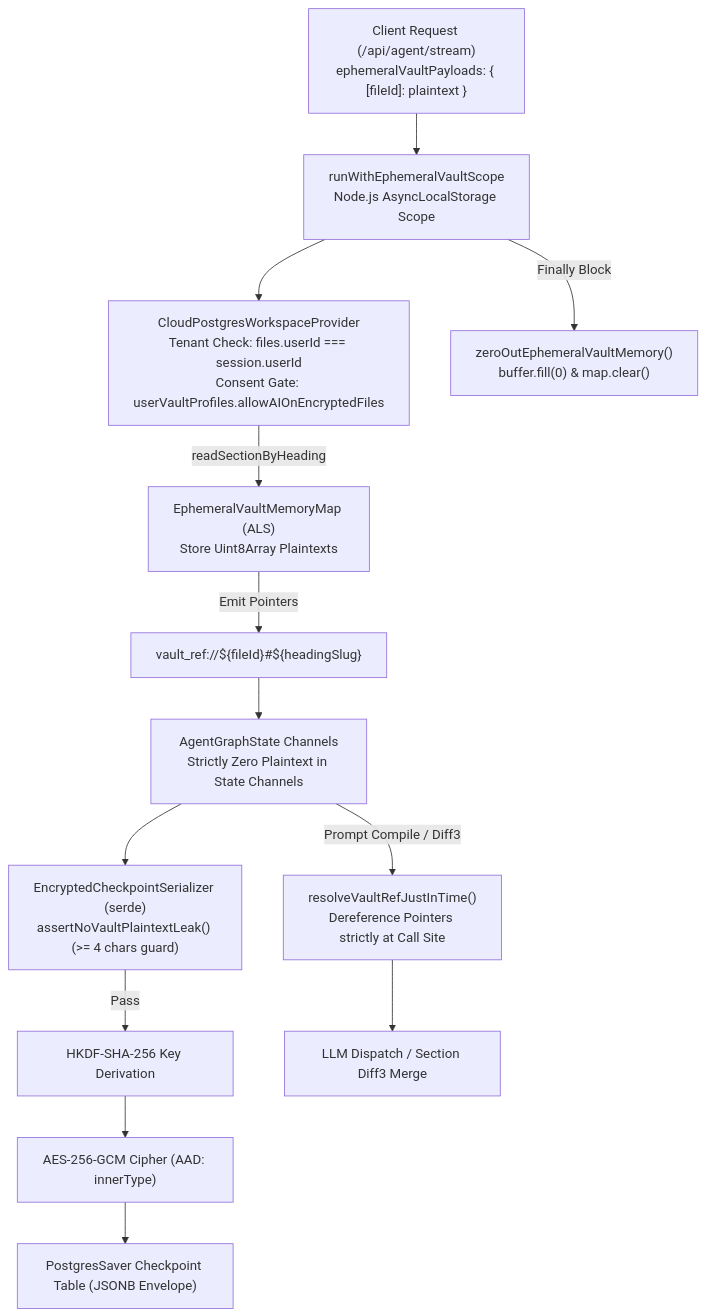
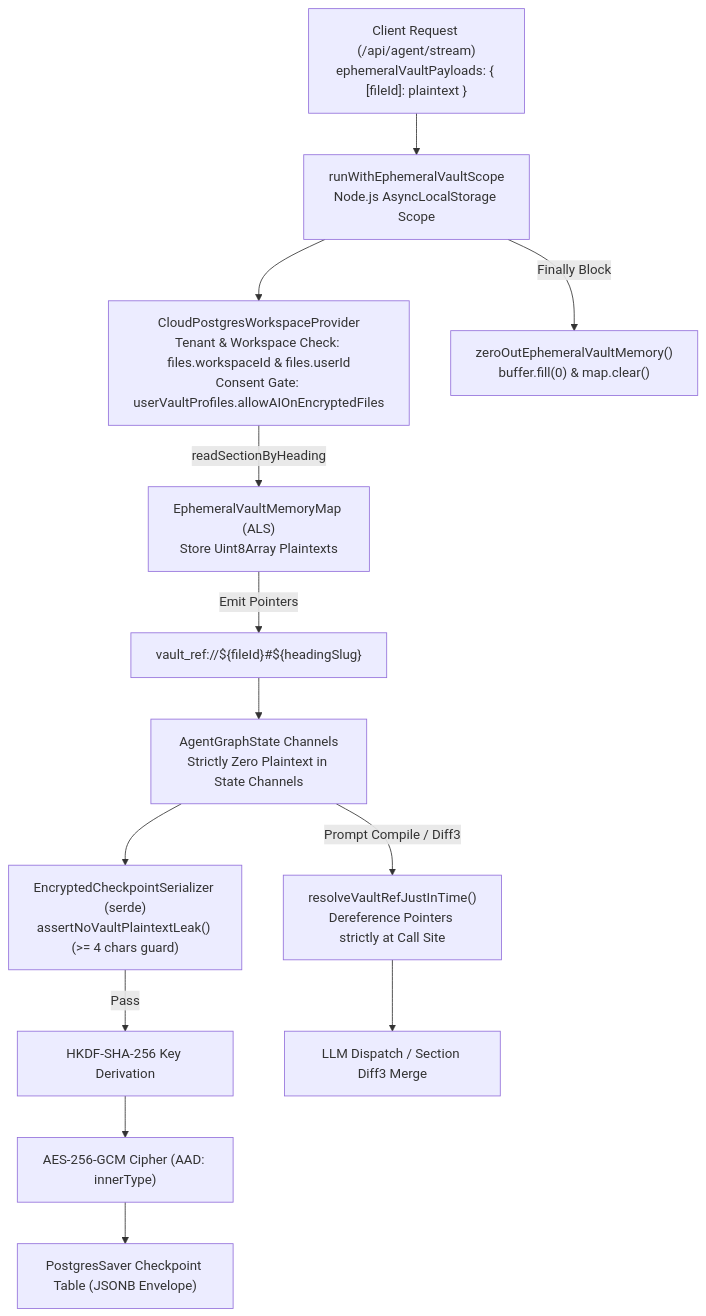
Before and after one commit to Abdullah931-stack/ELIXENT: the seventh of 10 diagrams in README.md, drawn with Mermaid. The commit also changed other lines of this file and 17 other files, not shown here.

````diff
--- a/README.md
+++ b/README.md
@@ -644,20 +645,20 @@
 ```mermaid
 flowchart TD
     ClientReq["Client Request (/api/agent/stream)<br/>ephemeralVaultPayloads: { [fileId]: plaintext }"] --> Scope["runWithEphemeralVaultScope<br/>Node.js AsyncLocalStorage Scope"]
 
-    Scope --> Prov["CloudPostgresWorkspaceProvider<br/>Tenant Check: files.userId === session.userId<br/>Consent Gate: userVaultProfiles.allowAIOnEncryptedFiles"]
+    Scope --> Prov["CloudPostgresWorkspaceProvider<br/>Tenant & Workspace Check: files.workspaceId & files.userId<br/>Consent Gate: userVaultProfiles.allowAIOnEncryptedFiles"]
 
     Prov -->|readSectionByHeading| EphemMap["EphemeralVaultMemoryMap (ALS)<br/>Store Uint8Array Plaintexts"]
     EphemMap -->|Emit Pointers| Ptr["vault_ref://${fileId}#${headingSlug}"]
     Ptr --> State["AgentGraphState Channels<br/>Strictly Zero Plaintext in State Channels"]
 
     State --> Checkpoint["EncryptedCheckpointSerializer (serde)<br/>assertNoVaultPlaintextLeak() (>= 4 chars guard)"]
     Checkpoint -->|Pass| HKDF["HKDF-SHA-256 Key Derivation"]
     HKDF --> AES["AES-256-GCM Cipher (AAD: innerType)"]
     AES --> Saver["PostgresSaver Checkpoint Table (JSONB Envelope)"]
 
     State -->|Prompt Compile / Diff3| Resolve["resolveVaultRefJustInTime()<br/>Dereference Pointers strictly at Call Site"]
     Resolve --> PromptExec["LLM Dispatch / Section Diff3 Merge"]
 
     Scope -->|Finally Block| Wipe["zeroOutEphemeralVaultMemory()<br/>buffer.fill(0) & map.clear()"]
 ```
````
